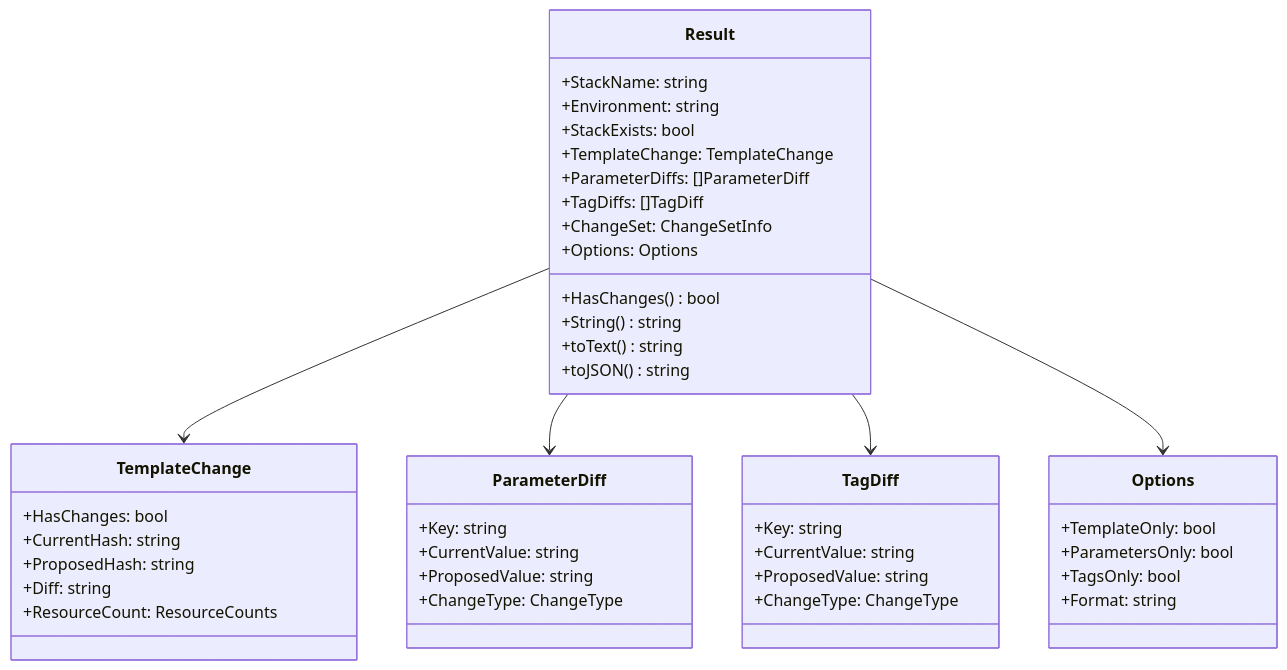
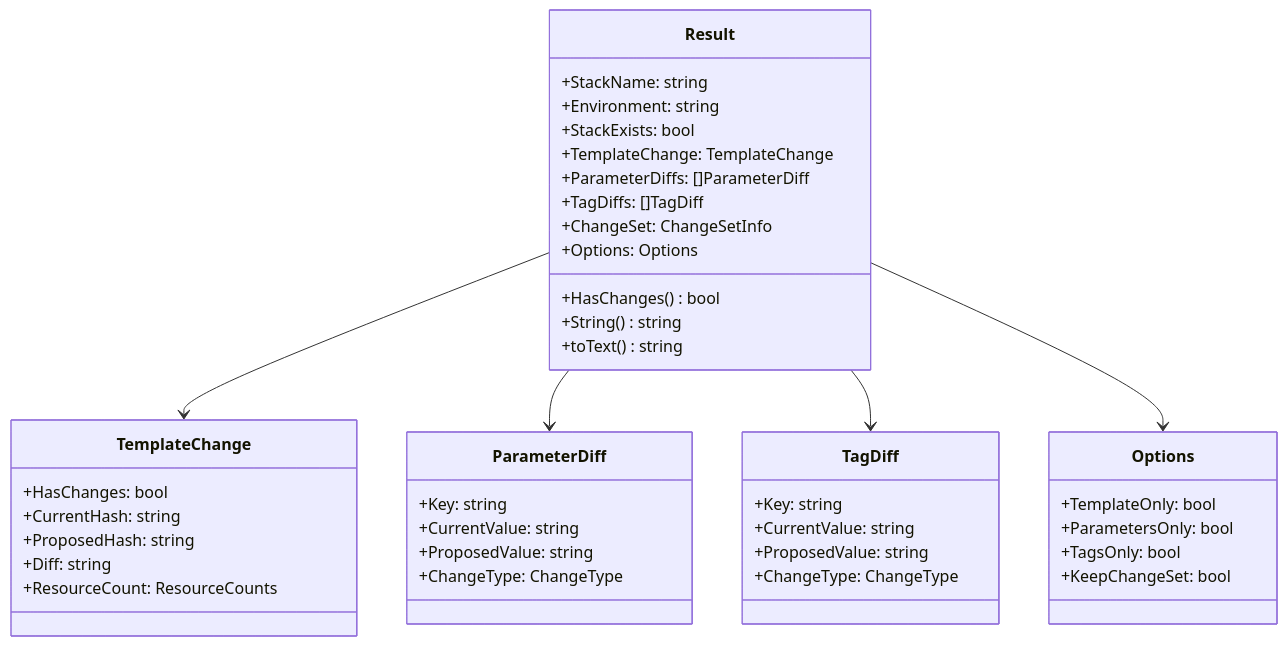
One commit to orien/stackaroo changed the fifth of 10 diagrams in docs/architecture/diff.md. Above: the diagram before and after it, drawn with Mermaid. The commit also changed other lines of this file and 8 other files, not shown here.

First line of the commit message:
feat!: remove JSON output format from diff command

````diff
--- a/docs/architecture/diff.md
+++ b/docs/architecture/diff.md
@@ -163,51 +163,50 @@
 ```mermaid
 classDiagram
     class Result {
         +StackName: string
         +Environment: string
         +StackExists: bool
         +TemplateChange: TemplateChange
         +ParameterDiffs: []ParameterDiff
         +TagDiffs: []TagDiff
         +ChangeSet: ChangeSetInfo
         +Options: Options
         +HasChanges() bool
         +String() string
         +toText() string
-        +toJSON() string
     }
-    
+
     class TemplateChange {
         +HasChanges: bool
         +CurrentHash: string
         +ProposedHash: string
         +Diff: string
         +ResourceCount: ResourceCounts
     }
-    
+
     class ParameterDiff {
         +Key: string
         +CurrentValue: string
         +ProposedValue: string
         +ChangeType: ChangeType
     }
-    
+
     class TagDiff {
         +Key: string
         +CurrentValue: string
         +ProposedValue: string
         +ChangeType: ChangeType
     }
-    
+
     class Options {
         +TemplateOnly: bool
         +ParametersOnly: bool
         +TagsOnly: bool
-        +Format: string
+        +KeepChangeSet: bool
     }
-    
+
     Result --> TemplateChange
     Result --> ParameterDiff
     Result --> TagDiff
     Result --> Options
 ```
````
